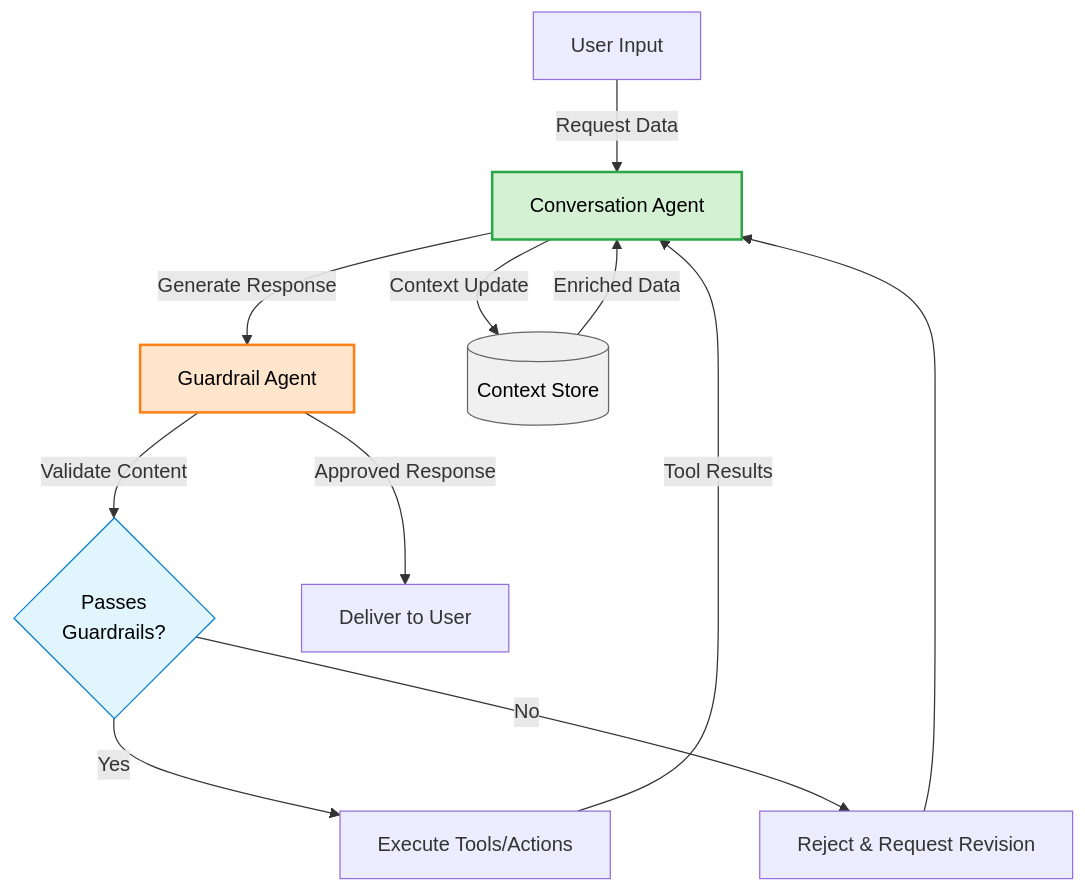
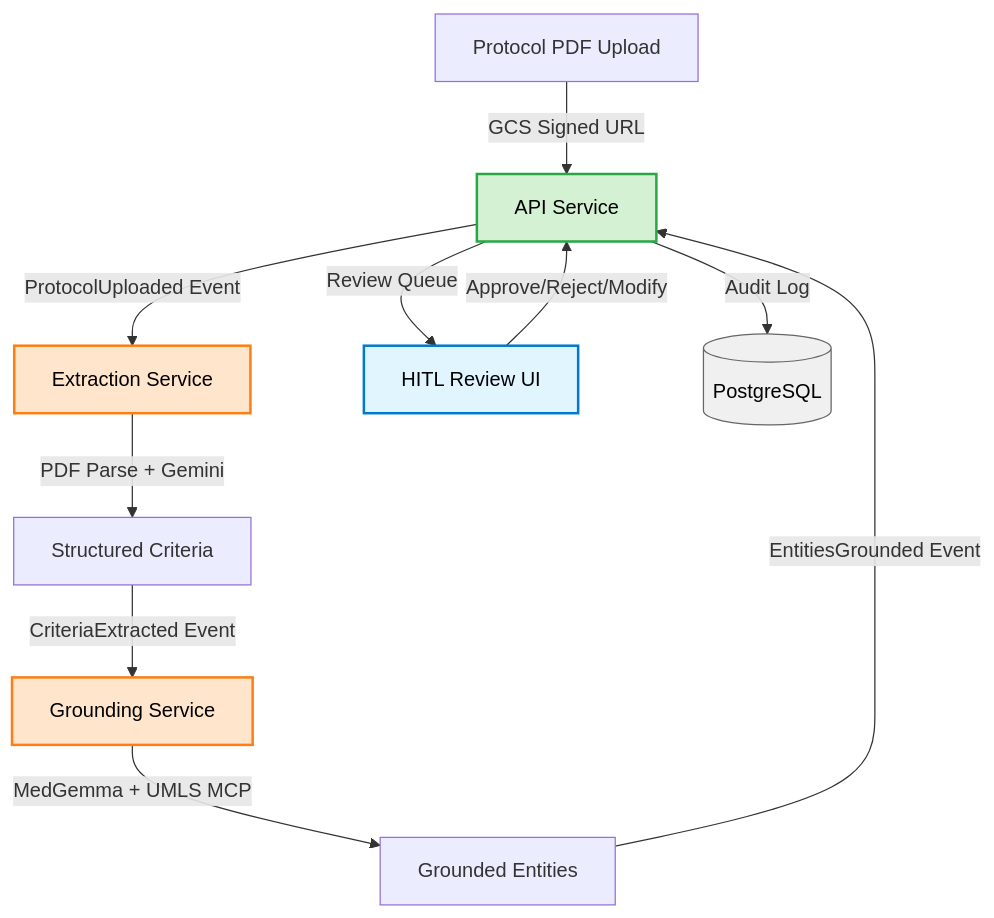
One commit to ElixirTrials/medgemma-hackathon changed the diagram in docs/diagrams/agent-flow.md. Above: the diagram before and after it, drawn with Mermaid. The commit also changed 2 other files, not shown here.

Commit message:
docs(05.3): replace template diagrams with system-specific architecture
Rewrote all 3 mermaid diagrams to reflect the actual clinical trial
criteria extraction pipeline — extraction-service, grounding-service,
UMLS MCP, and HITL review flow. Closes verification gap.

````diff
--- a/docs/diagrams/agent-flow.md
+++ b/docs/diagrams/agent-flow.md
@@ -3,23 +3,22 @@
 ```mermaid
 graph TD
-    User[User Input] -->|Request Data| ConvAgent[Conversation Agent]
-    ConvAgent -->|Generate Response| Guard[Guardrail Agent]
-    Guard -->|Validate Content| Decision{Passes<br/>Guardrails?}
-    Decision -->|Yes| Tools[Execute Tools/Actions]
-    Decision -->|No| Reject[Reject & Request Revision]
-    Reject --> ConvAgent
-    Tools -->|Tool Results| ConvAgent
-    ConvAgent -->|Context Update| Context[(Context Store)]
-    Context -->|Enriched Data| ConvAgent
-    Guard -->|Approved Response| Output[Deliver to User]
+    Upload[Protocol PDF Upload] -->|GCS Signed URL| API[API Service]
+    API -->|ProtocolUploaded Event| Extract[Extraction Service]
+    Extract -->|PDF Parse + Gemini| Criteria[Structured Criteria]
+    Criteria -->|CriteriaExtracted Event| Ground[Grounding Service]
+    Ground -->|MedGemma + UMLS MCP| Entities[Grounded Entities]
+    Entities -->|EntitiesGrounded Event| API
+    API -->|Review Queue| HITL[HITL Review UI]
+    HITL -->|Approve/Reject/Modify| API
+    API -->|Audit Log| DB[(PostgreSQL)]
 
-    classDef agent fill:#d4f1d4,stroke:#28a745,color:#000,stroke-width:2px;
-    classDef guard fill:#ffe5cc,stroke:#fd7e14,color:#000,stroke-width:2px;
-    classDef decision fill:#e1f5ff,stroke:#007acc,color:#000;
+    classDef service fill:#d4f1d4,stroke:#28a745,color:#000,stroke-width:2px;
+    classDef agent fill:#ffe5cc,stroke:#fd7e14,color:#000,stroke-width:2px;
     classDef data fill:#f0f0f0,stroke:#666,color:#000;
+    classDef ui fill:#e1f5ff,stroke:#007acc,color:#000,stroke-width:2px;
 
-    class ConvAgent agent;
-    class Guard guard;
-    class Decision decision;
-    class Context data;
+    class API service;
+    class Extract,Ground agent;
+    class DB data;
+    class HITL ui;
 ```
````
